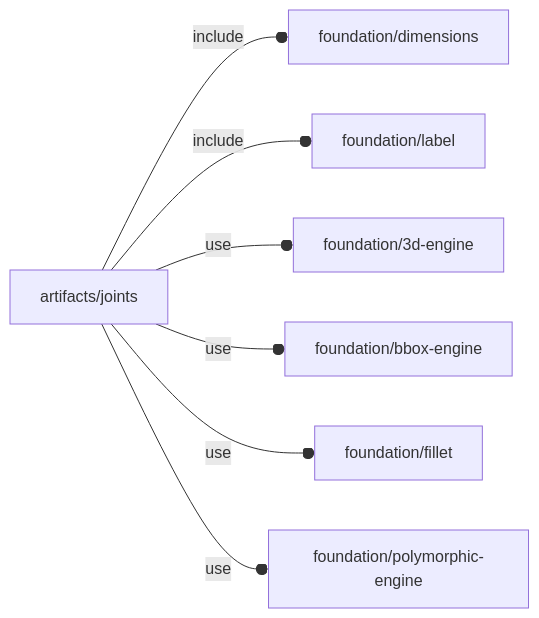
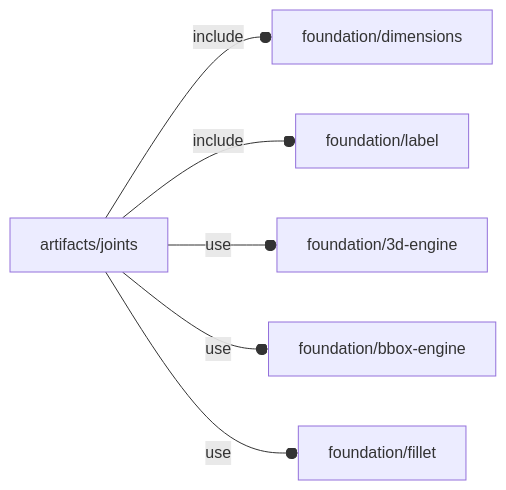
One commit to ggabbiani/OFL changed the diagram in orthodocs/artifacts/joints.md. Above: the diagram before and after it, drawn with Mermaid. The commit also changed 69 other files, not shown here.

````diff
--- a/orthodocs/artifacts/joints.md
+++ b/orthodocs/artifacts/joints.md
@@ -5,9 +5,8 @@
 ```mermaid
 graph LR
     A1[artifacts/joints] --o|include| A2[foundation/dimensions]
     A1 --o|include| A3[foundation/label]
     A1 --o|use| A4[foundation/3d-engine]
     A1 --o|use| A5[foundation/bbox-engine]
     A1 --o|use| A6[foundation/fillet]
-    A1 --o|use| A7[foundation/polymorphic-engine]
 ```
````
